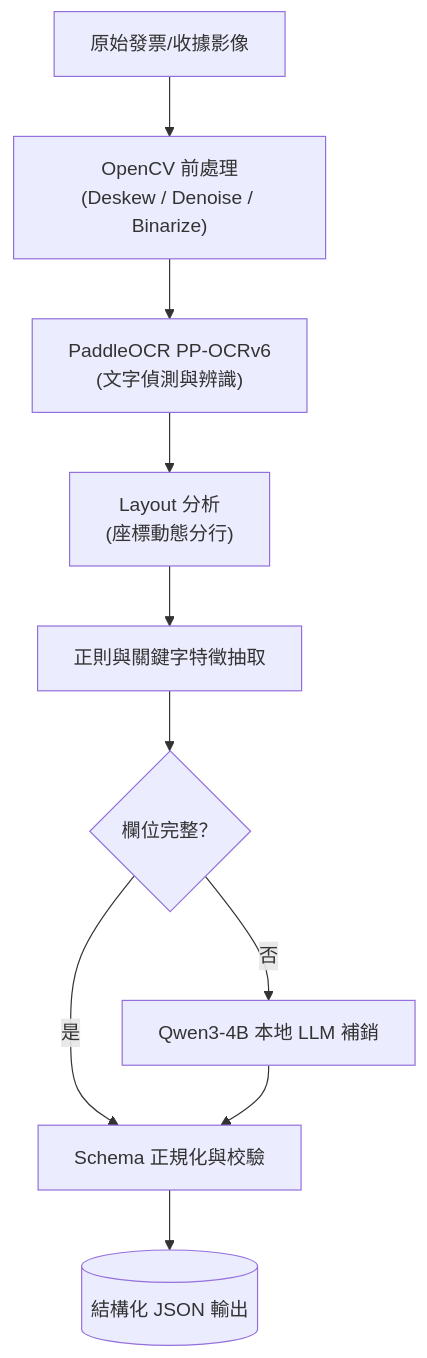
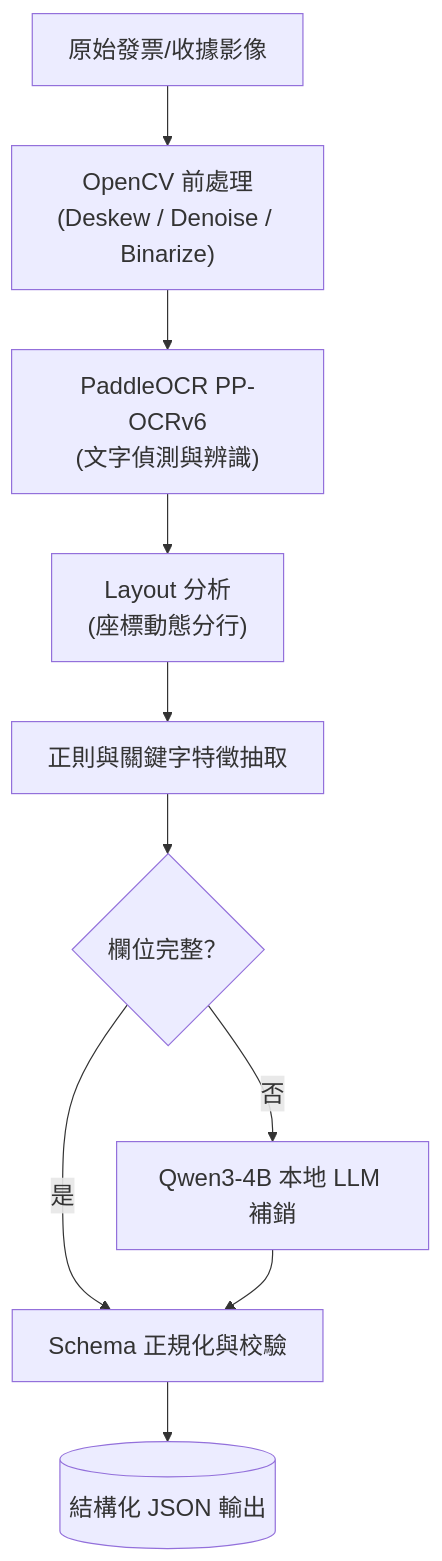
One commit to kuotunyu/receipt-ocr-vlm-benchmark changed the first of 2 diagrams in README.md. Above: the diagram before and after it, drawn with Mermaid. The commit also changed other lines of this file, not shown here.

Commit message:
docs: optimize flowchart font size and clean heading titles

````diff
--- a/README.md
+++ b/README.md
@@ -33,12 +33,13 @@
 ```mermaid
+%%{init: {'themeVariables': {'fontSize': '20px'}}}%%
 flowchart TD
     A1["原始發票/收據影像"] --> A2["OpenCV 前處理\n(Deskew / Denoise / Binarize)"]
     A2 --> A3["PaddleOCR PP-OCRv6\n(文字偵測與辨識)"]
     A3 --> A4["Layout 分析\n(座標動態分行)"]
     A4 --> A5["正則與關鍵字特徵抽取"]
     A5 --> A6{"欄位完整？"}
     A6 -->|否| A7["Qwen3-4B 本地 LLM 補銷"]
     A6 -->|是| A8["Schema 正規化與校驗"]
     A7 --> A8
     A8 --> A9[("結構化 JSON 輸出")]
 ```
````
